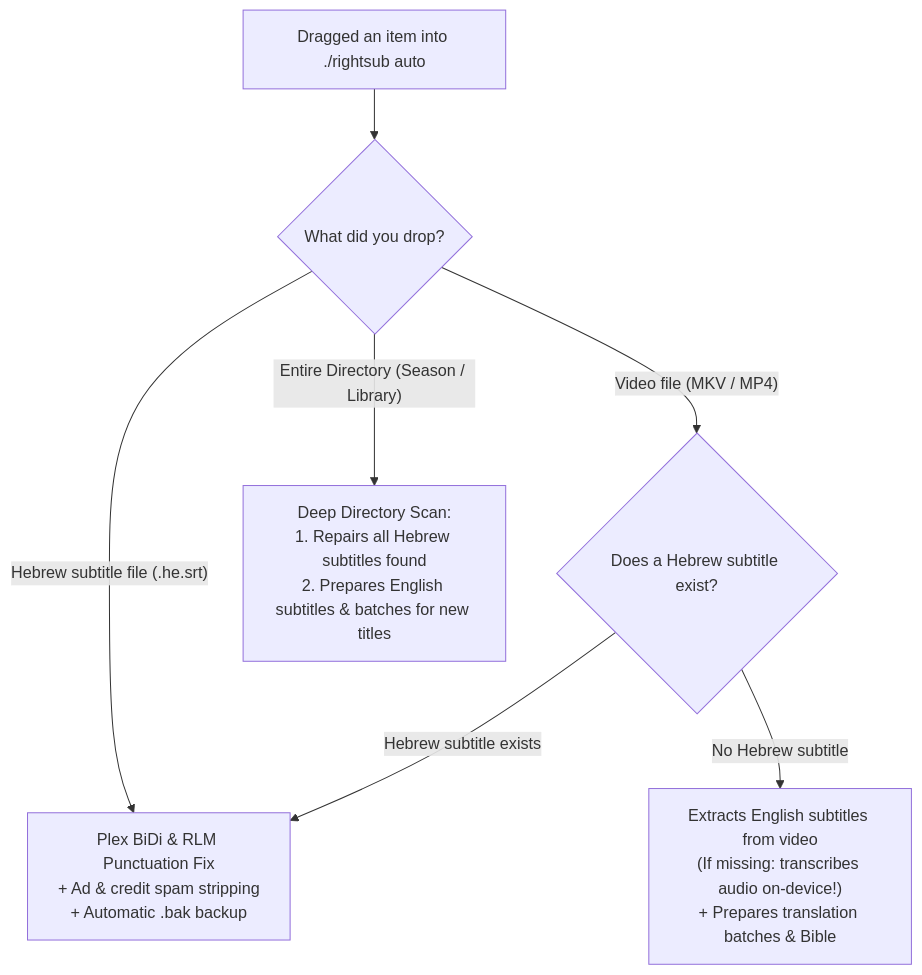
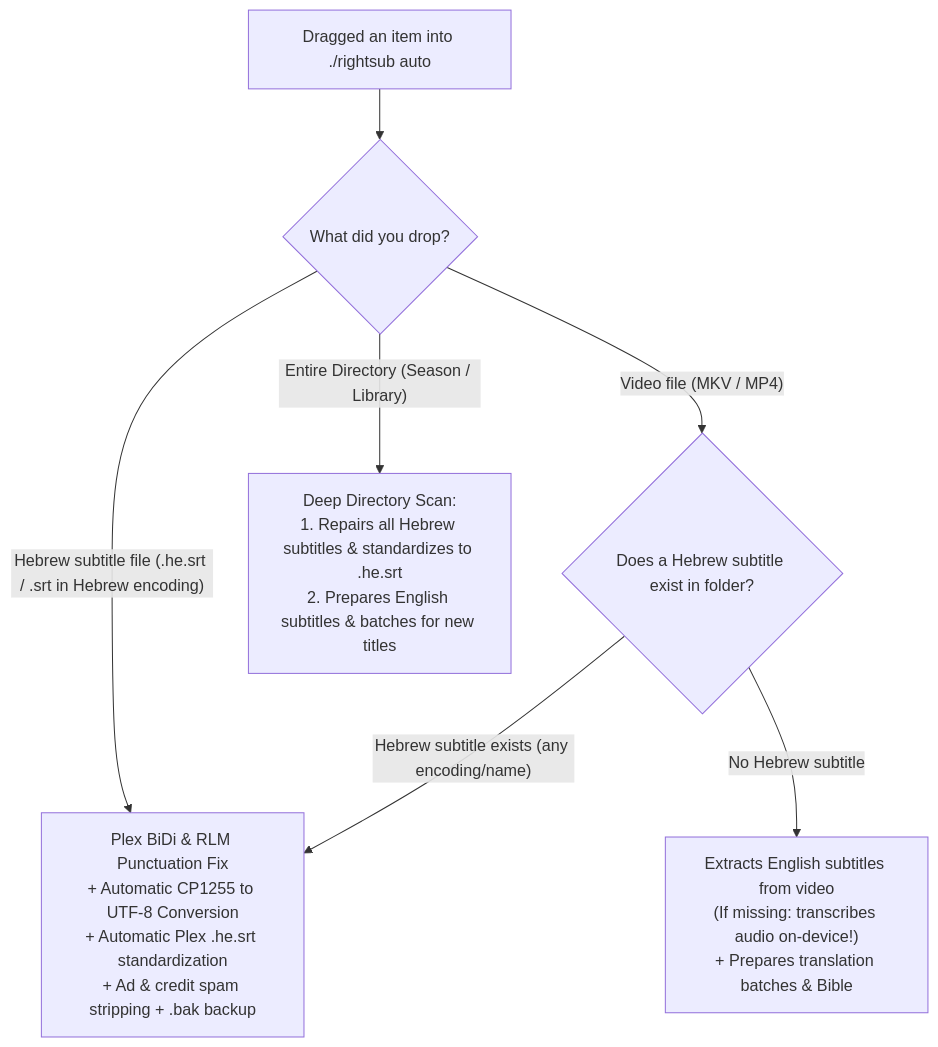
Before and after one commit to omerninyo/RightSub: the diagram in wiki/Quickstart-for-Beginners.md, drawn with Mermaid. The commit also changed other lines of this file and 4 other files, not shown here.

Commit message:
fix(auto): add robust CP1255/ANSI Hebrew charset detection and Plex .he.srt standardization

````diff
--- a/wiki/Quickstart-for-Beginners.md
+++ b/wiki/Quickstart-for-Beginners.md
@@ -26,12 +26,12 @@
 ```mermaid
 graph TD
     Start["Dragged an item into ./rightsub auto"] --> Check{"What did you drop?"}
     
-    Check -- "Hebrew subtitle file (.he.srt)" --> Action1["Plex BiDi & RLM Punctuation Fix<br/>+ Ad & credit spam stripping<br/>+ Automatic .bak backup"]
+    Check -- "Hebrew subtitle file (.he.srt / .srt in Hebrew encoding)" --> Action1["Plex BiDi & RLM Punctuation Fix<br/>+ Automatic CP1255 to UTF-8 Conversion<br/>+ Automatic Plex .he.srt standardization<br/>+ Ad & credit spam stripping + .bak backup"]
     
-    Check -- "Video file (MKV / MP4)" --> VideoCheck{"Does a Hebrew subtitle exist?"}
-    VideoCheck -- "Hebrew subtitle exists" --> Action1
+    Check -- "Video file (MKV / MP4)" --> VideoCheck{"Does a Hebrew subtitle exist in folder?"}
+    VideoCheck -- "Hebrew subtitle exists (any encoding/name)" --> Action1
     VideoCheck -- "No Hebrew subtitle" --> Action2["Extracts English subtitles from video<br/>(If missing: transcribes audio on-device!)<br/>+ Prepares translation batches & Bible"]
     
-    Check -- "Entire Directory (Season / Library)" --> Action3["Deep Directory Scan:<br/>1. Repairs all Hebrew subtitles found<br/>2. Prepares English subtitles & batches for new titles"]
+    Check -- "Entire Directory (Season / Library)" --> Action3["Deep Directory Scan:<br/>1. Repairs all Hebrew subtitles & standardizes to .he.srt<br/>2. Prepares English subtitles & batches for new titles"]
 ```
````
